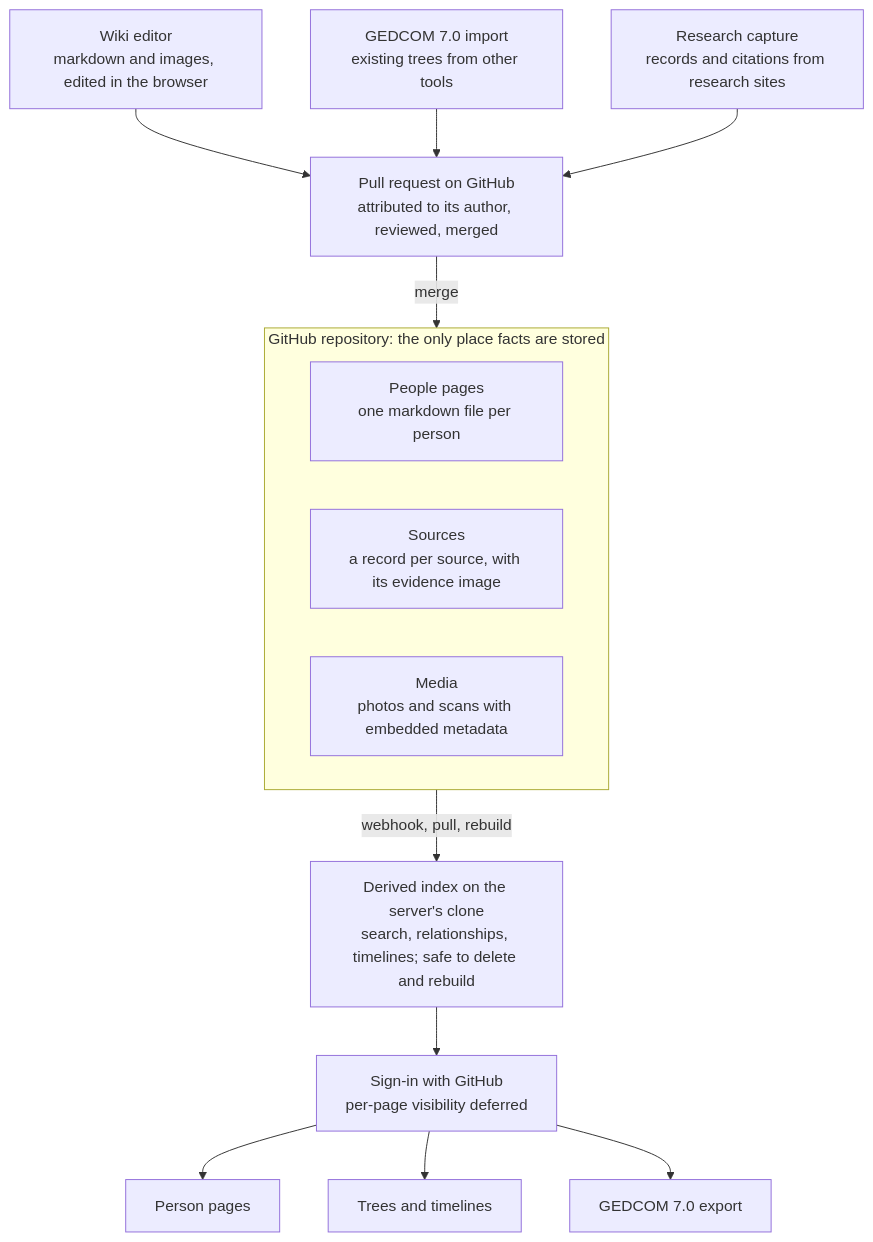
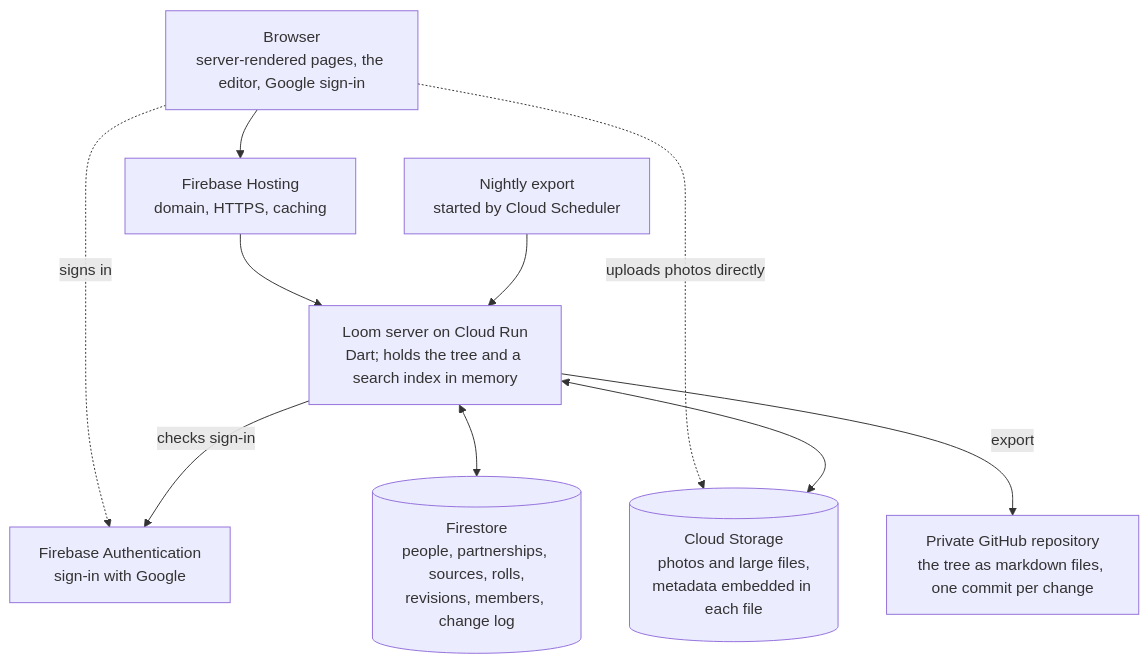
The diagram in docs/architecture.md (devoncarew/prosapia), drawn with Mermaid before and after one commit. The commit also changed other lines of this file and 6 other files, not shown here.

First line of the commit message:
Move the design to Firebase: Firestore, Cloud Storage, Google sign-in, direct edits

````diff
--- a/docs/architecture.md
+++ b/docs/architecture.md
@@ -7,26 +7,19 @@
 ```mermaid
 flowchart TD
-    editor["Wiki editor<br/>markdown and images, edited in the browser"]
-    gedin["GEDCOM 7.0 import<br/>existing trees from other tools"]
-    capture["Research capture<br/>records and citations from research sites"]
-    pr["Pull request on GitHub<br/>attributed to its author, reviewed, merged"]
-    subgraph repo["GitHub repository: the only place facts are stored"]
-        people["People pages<br/>one markdown file per person"]
-        sources["Sources<br/>a record per source, with its evidence image"]
-        media["Media<br/>photos and scans with embedded metadata"]
-    end
-    index["Derived index on the server's clone<br/>search, relationships, timelines; safe to delete and rebuild"]
-    access["Sign-in with GitHub<br/>per-page visibility deferred"]
-    pages["Person pages"]
-    trees["Trees and timelines"]
-    gedout["GEDCOM 7.0 export"]
-    editor --> pr
-    gedin --> pr
-    capture --> pr
-    pr -- merge --> repo
-    repo -- "webhook, pull, rebuild" --> index
-    index --> access
-    access --> pages
-    access --> trees
-    access --> gedout
+    browser["Browser<br/>server-rendered pages, the editor, Google sign-in"]
+    hosting["Firebase Hosting<br/>domain, HTTPS, caching"]
+    server["Loom server on Cloud Run<br/>Dart; holds the tree and a search index in memory"]
+    auth["Firebase Authentication<br/>sign-in with Google"]
+    firestore[("Firestore<br/>people, partnerships, sources, rolls,<br/>revisions, members, change log")]
+    storage[("Cloud Storage<br/>photos and large files,<br/>metadata embedded in each file")]
+    job["Nightly export<br/>started by Cloud Scheduler"]
+    backup["Private GitHub repository<br/>the tree as markdown files, one commit per change"]
+    browser --> hosting --> server
+    browser -. "signs in" .-> auth
+    browser -. "uploads photos directly" .-> storage
+    server -- "checks sign-in" --> auth
+    server <--> firestore
+    server <--> storage
+    job --> server
+    server -- "export" --> backup
 ```
````
